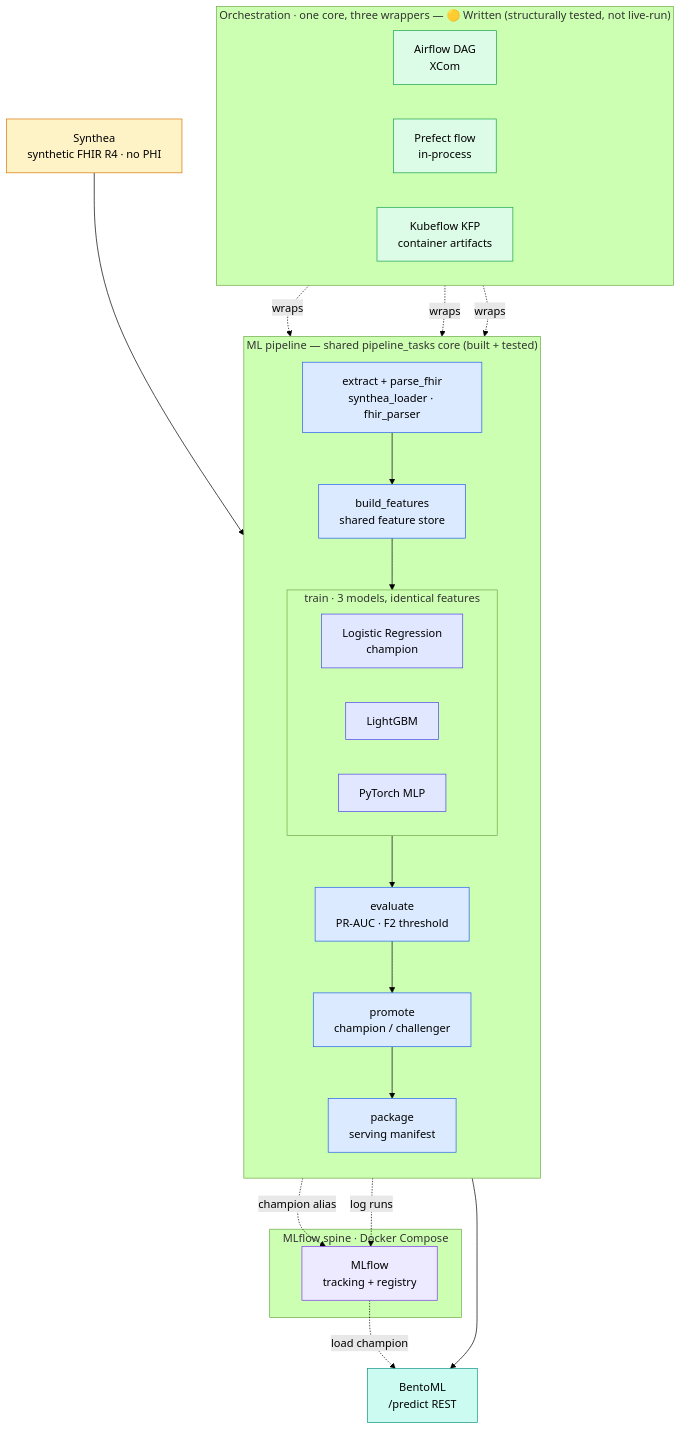
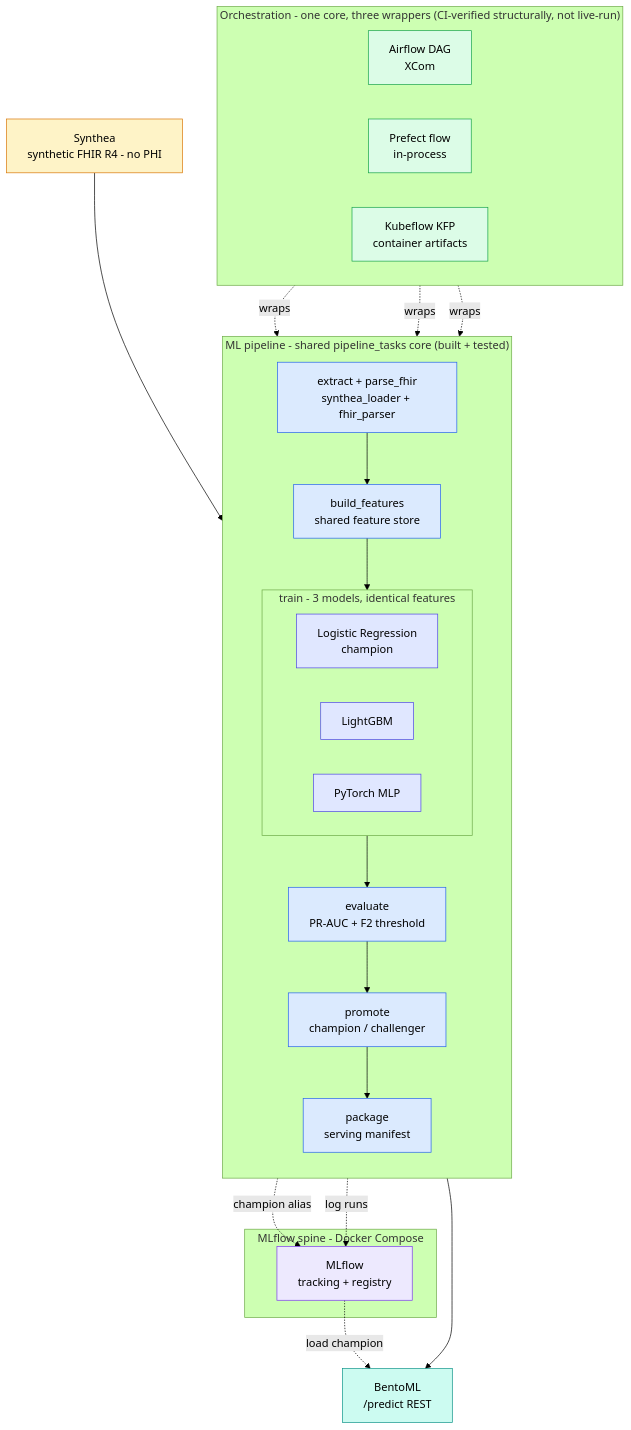
One commit to aliminagar/clinops-mlops changed the diagram in README.md. Above: the diagram before and after it, drawn with Mermaid (forest theme). The commit also changed other lines of this file, not shown here.

Commit message:
docs: fix Mermaid diagram rendering on GitHub + sync status to CI-green

````diff
--- a/README.md
+++ b/README.md
@@ -40,49 +40,49 @@
 ```mermaid
 flowchart TD
-    SYN["Synthea<br/>synthetic FHIR R4 · no PHI"]:::data
+    SYN["Synthea<br/>synthetic FHIR R4 - no PHI"]:::data
 
-    subgraph PIPE["ML pipeline — shared pipeline_tasks core (built + tested)"]
+    subgraph PIPE["ML pipeline - shared pipeline_tasks core (built + tested)"]
         direction TB
-        ETL["extract + parse_fhir<br/>synthea_loader · fhir_parser"]:::step
+        ETL["extract + parse_fhir<br/>synthea_loader + fhir_parser"]:::step
         FEAT["build_features<br/>shared feature store"]:::step
-        subgraph MODELS["train · 3 models, identical features"]
+        subgraph MODELS["train - 3 models, identical features"]
             direction LR
             LOGREG["Logistic Regression<br/>champion"]:::model
             LGBM["LightGBM"]:::model
             TORCH["PyTorch MLP"]:::model
         end
-        EVAL["evaluate<br/>PR-AUC · F2 threshold"]:::step
+        EVAL["evaluate<br/>PR-AUC + F2 threshold"]:::step
         PROMO["promote<br/>champion / challenger"]:::step
         PKG["package<br/>serving manifest"]:::step
     end
 
     SYN --> ETL --> FEAT --> MODELS --> EVAL --> PROMO --> PKG
 
-    subgraph SPINE["MLflow spine · Docker Compose"]
+    subgraph SPINE["MLflow spine - Docker Compose"]
         MLF["MLflow<br/>tracking + registry"]:::infra
     end
 
     MODELS -.->|log runs| MLF
     PROMO -.->|champion alias| MLF
 
     PKG --> BENTO["BentoML<br/>/predict REST"]:::serve
     MLF -.->|load champion| BENTO
 
-    subgraph ORCH["Orchestration · one core, three wrappers — 🟡 Written (structurally tested, not live-run)"]
+    subgraph ORCH["Orchestration - one core, three wrappers (CI-verified structurally, not live-run)"]
         direction LR
         AF["Airflow DAG<br/>XCom"]:::orch
         PF["Prefect flow<br/>in-process"]:::orch
         KF["Kubeflow KFP<br/>container artifacts"]:::orch
     end
 
     AF -.->|wraps| PIPE
     PF -.->|wraps| PIPE
     KF -.->|wraps| PIPE
 
     classDef data fill:#fef3c7,stroke:#d97706,color:#000
     classDef step fill:#dbeafe,stroke:#2563eb,color:#000
     classDef model fill:#e0e7ff,stroke:#4f46e5,color:#000
     classDef infra fill:#ede9fe,stroke:#7c3aed,color:#000
     classDef orch fill:#dcfce7,stroke:#16a34a,color:#000
     classDef serve fill:#ccfbf1,stroke:#0d9488,color:#000
 ```
````
